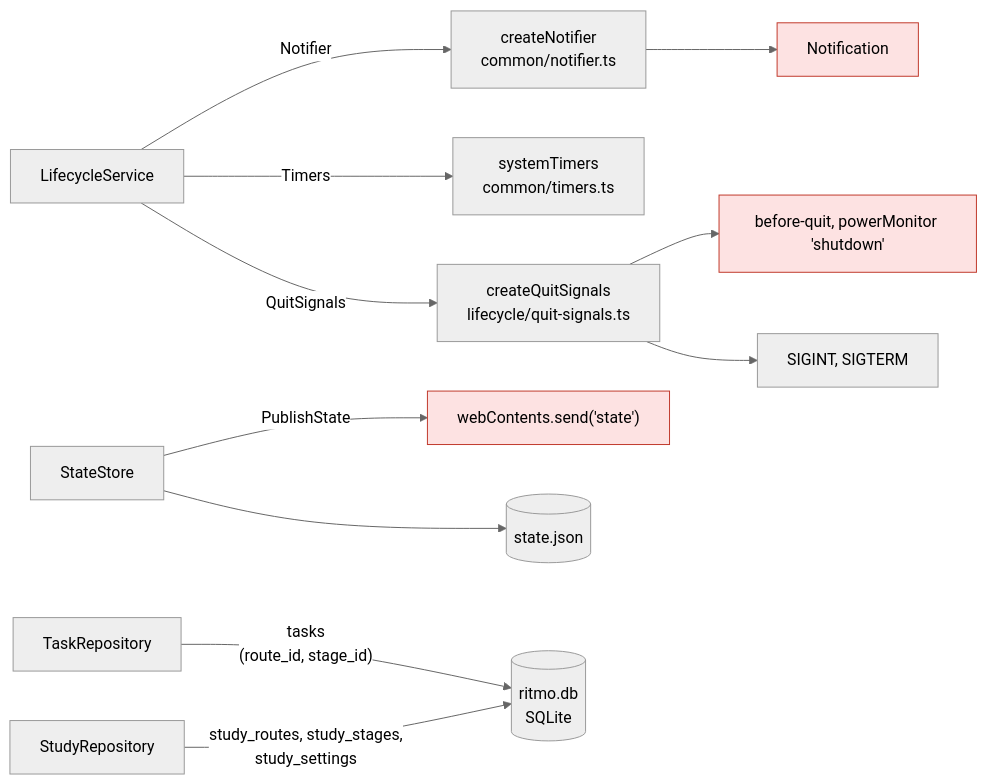
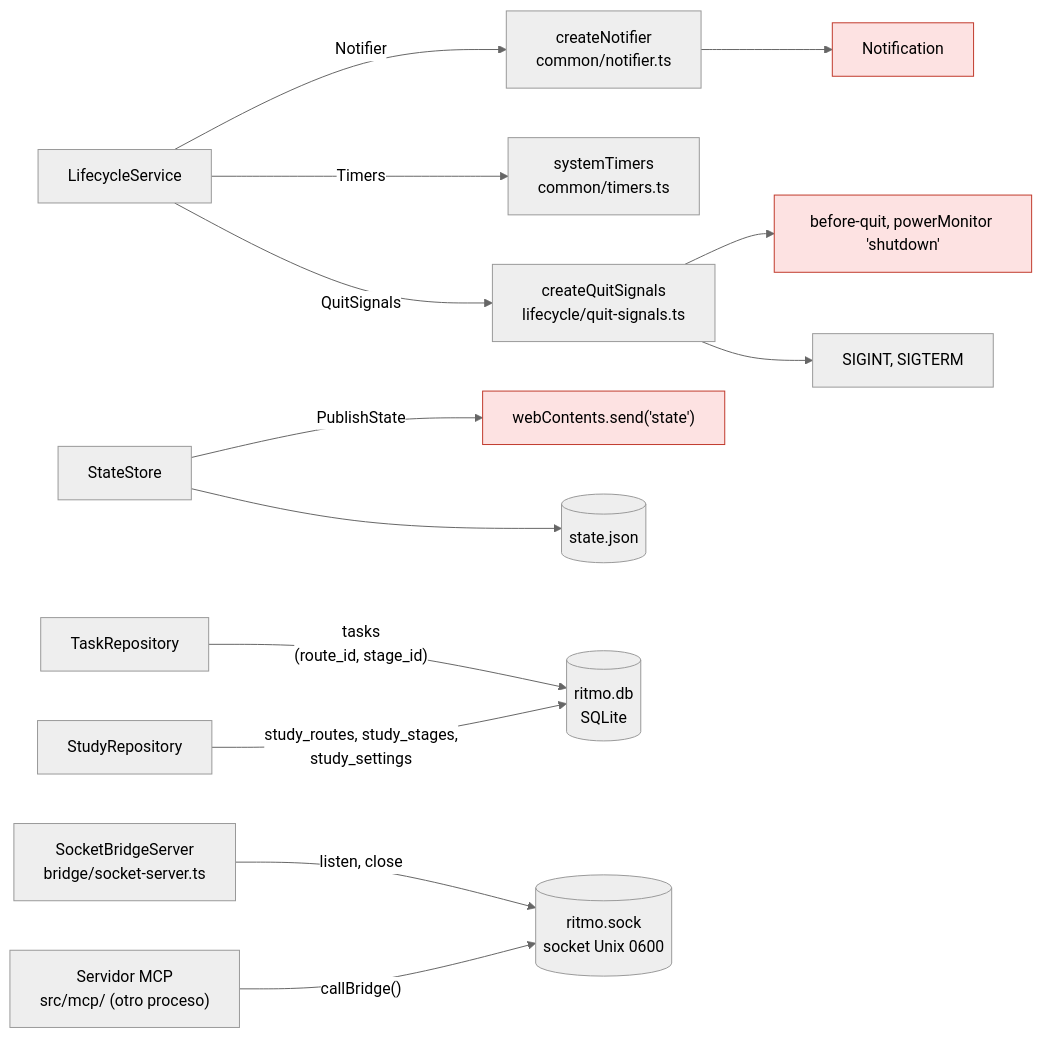
The seventh of 13 diagrams in docs/arquitectura.md (DevJuan95/ritmo), drawn with Mermaid (neutral theme) before and after one commit. The commit also changed other lines of this file and 36 other files, not shown here.

````diff
--- a/docs/arquitectura.md
+++ b/docs/arquitectura.md
@@ -251,29 +276,34 @@
 ```mermaid
 flowchart LR
   lifecycle["LifecycleService"]
   store["StateStore"]
   repo["TaskRepository"]
   studyRepo["StudyRepository"]
   notifier["createNotifier<br/>common/notifier.ts"]
   timers["systemTimers<br/>common/timers.ts"]
   quit["createQuitSignals<br/>lifecycle/quit-signals.ts"]
   send["webContents.send('state')"]:::electron
   notification["Notification"]:::electron
   salida["before-quit, powerMonitor 'shutdown'"]:::electron
   signals["SIGINT, SIGTERM"]
   json[("state.json")]
   db[("ritmo.db<br/>SQLite")]
+  bridgeServer["SocketBridgeServer<br/>bridge/socket-server.ts"]
+  sock[("ritmo.sock<br/>socket Unix 0600")]
+  mcp["Servidor MCP<br/>src/mcp/ (otro proceso)"]
 
   lifecycle -- "Notifier" --> notifier
   lifecycle -- "Timers" --> timers
   lifecycle -- "QuitSignals" --> quit
   store -- "PublishState" --> send
   store --> json
   repo -- "tasks<br/>(route_id, stage_id)" --> db
   studyRepo -- "study_routes, study_stages,<br/>study_settings" --> db
   notifier --> notification
   quit --> salida
   quit --> signals
+  bridgeServer -- "listen, close" --> sock
+  mcp -- "callBridge()" --> sock
 
   classDef electron fill:#fde2e2,stroke:#c0392b,color:#000
 ```
````
